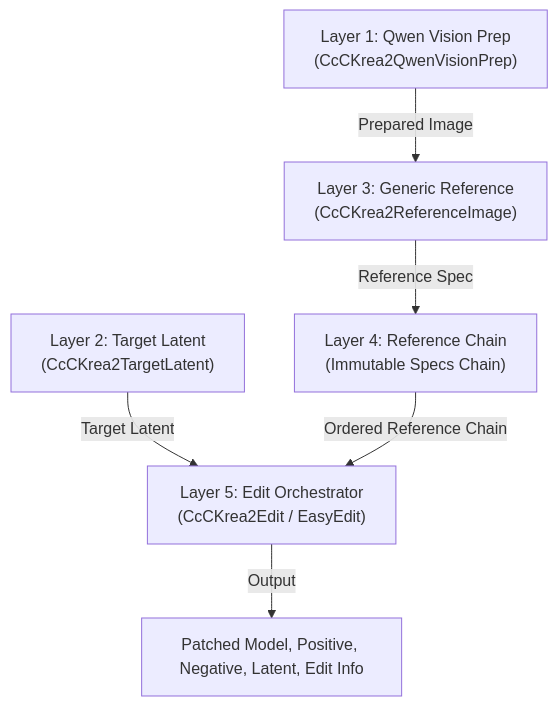
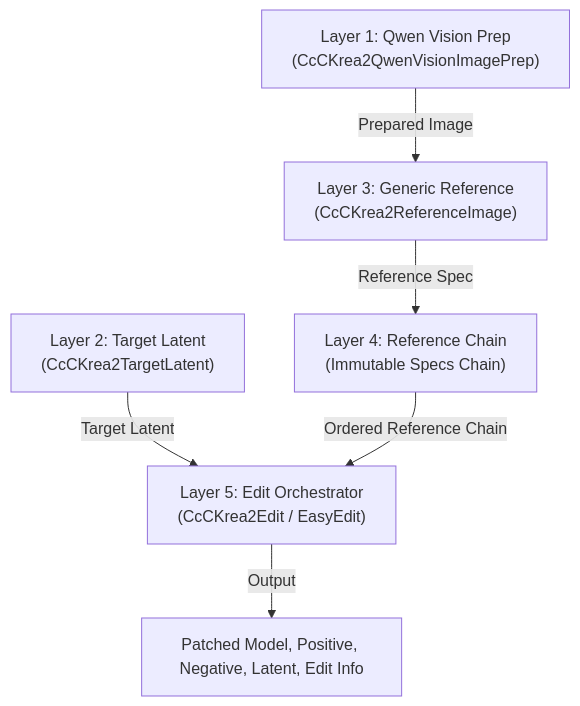
One commit to demonccc/ComfyUI-CcC-Krea2 changed the diagram in README.md. Above: the diagram before and after it, drawn with Mermaid. The commit also changed other lines of this file and 22 other files, not shown here.

````diff
--- a/README.md
+++ b/README.md
@@ -19,8 +19,8 @@
 ```mermaid
 graph TD
-    L1["Layer 1: Qwen Vision Prep<br/>(CcCKrea2QwenVisionPrep)"] -->|Prepared Image| L3["Layer 3: Generic Reference<br/>(CcCKrea2ReferenceImage)"]
+    L1["Layer 1: Qwen Vision Prep<br/>(CcCKrea2QwenVisionImagePrep)"] -->|Prepared Image| L3["Layer 3: Generic Reference<br/>(CcCKrea2ReferenceImage)"]
     L2["Layer 2: Target Latent<br/>(CcCKrea2TargetLatent)"] -->|Target Latent| L5["Layer 5: Edit Orchestrator<br/>(CcCKrea2Edit / EasyEdit)"]
     L3 -->|Reference Spec| L4["Layer 4: Reference Chain<br/>(Immutable Specs Chain)"]
     L4 -->|Ordered Reference Chain| L5
     L5 -->|Output| OUT["Patched Model, Positive, Negative, Latent, Edit Info"]
 ```
````
